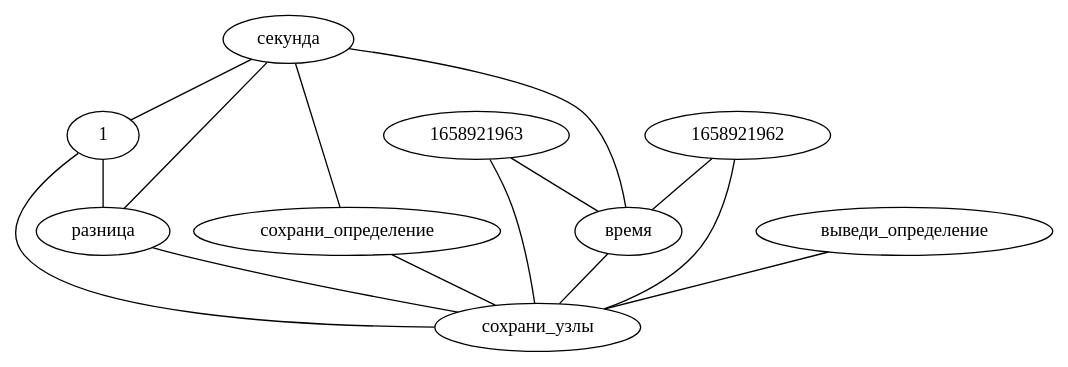
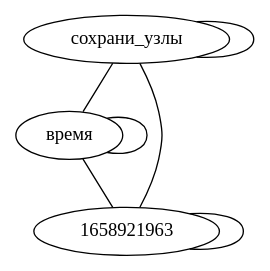
One commit to LeonovEvgenii/AGI changed the diagram in graphs/local_graph.dot. Above: the diagram before and after it, drawn with Graphviz. The commit also changed 4 other files, not shown here.

```diff
--- a/graphs/local_graph.dot
+++ b/graphs/local_graph.dot
@@ -1,17 +1,11 @@
 strict graph G {
-разница -- сохрани_узлы
-секунда -- сохрани_определение
-секунда -- 1
-секунда -- разница
-секунда -- время
-сохрани_определение -- сохрани_узлы
+сохрани_узлы -- сохрани_узлы
+сохрани_узлы -- время
+сохрани_узлы -- 1658921963
+время -- сохрани_узлы
+время -- время
+время -- 1658921963
 1658921963 -- сохрани_узлы
 1658921963 -- время
-1658921962 -- сохрани_узлы
-1658921962 -- время
-время -- сохрани_узлы
-время -- 1658921962
-выведи_определение -- сохрани_узлы
-1 -- сохрани_узлы
-1 -- разница
+1658921963 -- 1658921963
 }
```
